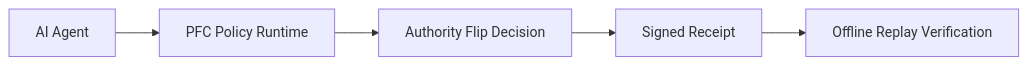
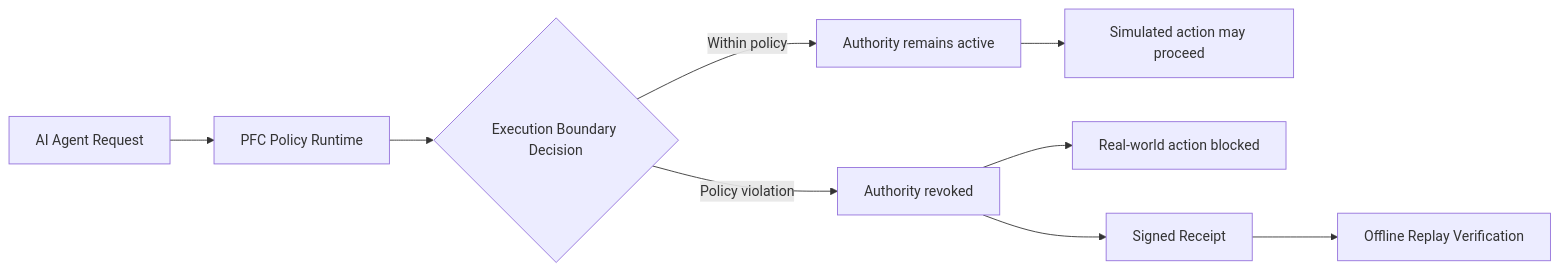
Before and after one commit to danlevans1/pfc-authority-flip-demo: the diagram in README.md, drawn with Mermaid. The commit also changed other lines of this file, not shown here.

Commit message:
improve onboarding and execution flow diagram

````diff
--- a/README.md
+++ b/README.md
@@ -10,7 +20,11 @@
 ```mermaid
 flowchart LR
-    A[AI Agent] --> B[PFC Policy Runtime]
-    B --> C[Authority Flip Decision]
-    C --> D[Signed Receipt]
-    D --> E[Offline Replay Verification]
+    A[AI Agent Request] --> B[PFC Policy Runtime]
+    B --> C{Execution Boundary Decision}
+    C -->|Within policy| D[Authority remains active]
+    D --> E[Simulated action may proceed]
+    C -->|Policy violation| F[Authority revoked]
+    F --> G[Real-world action blocked]
+    F --> H[Signed Receipt]
+    H --> I[Offline Replay Verification]
 ```
````
